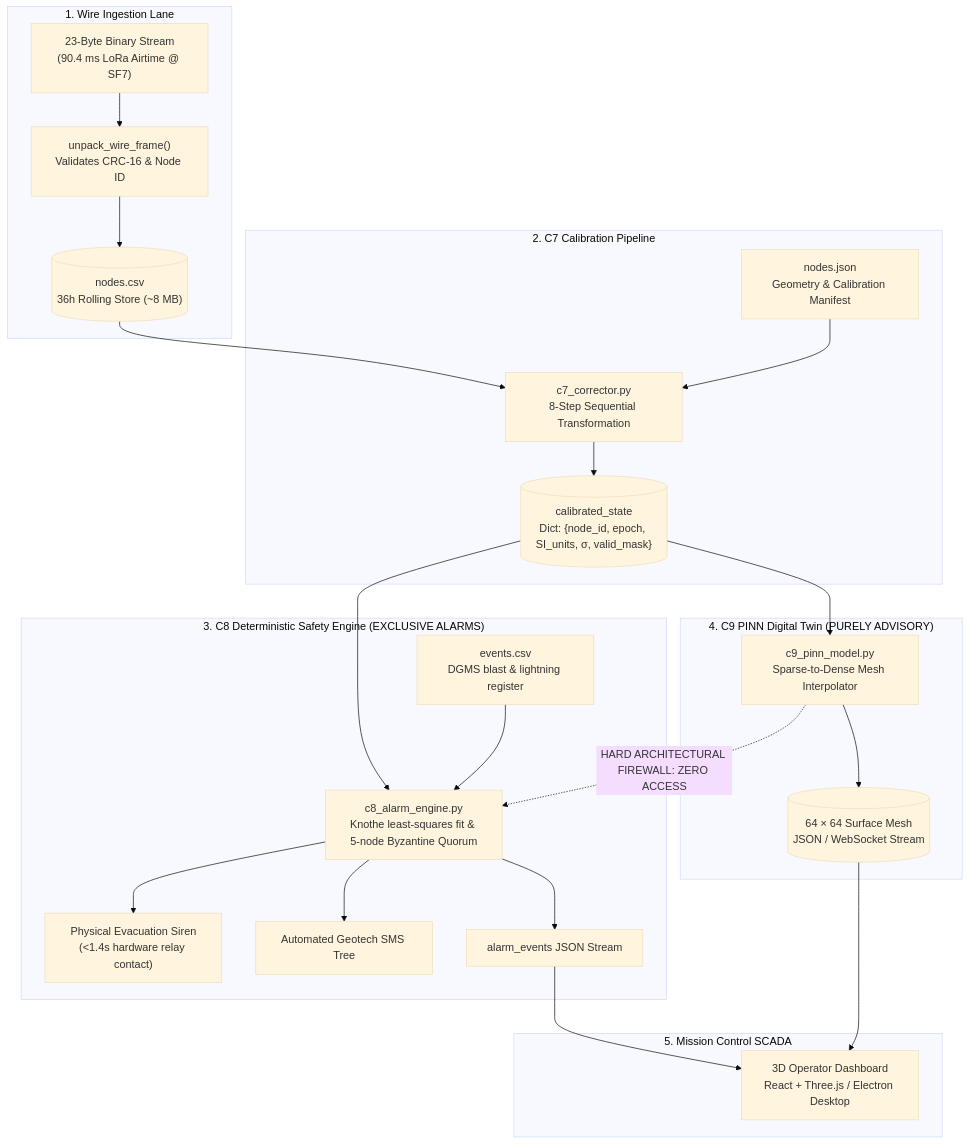
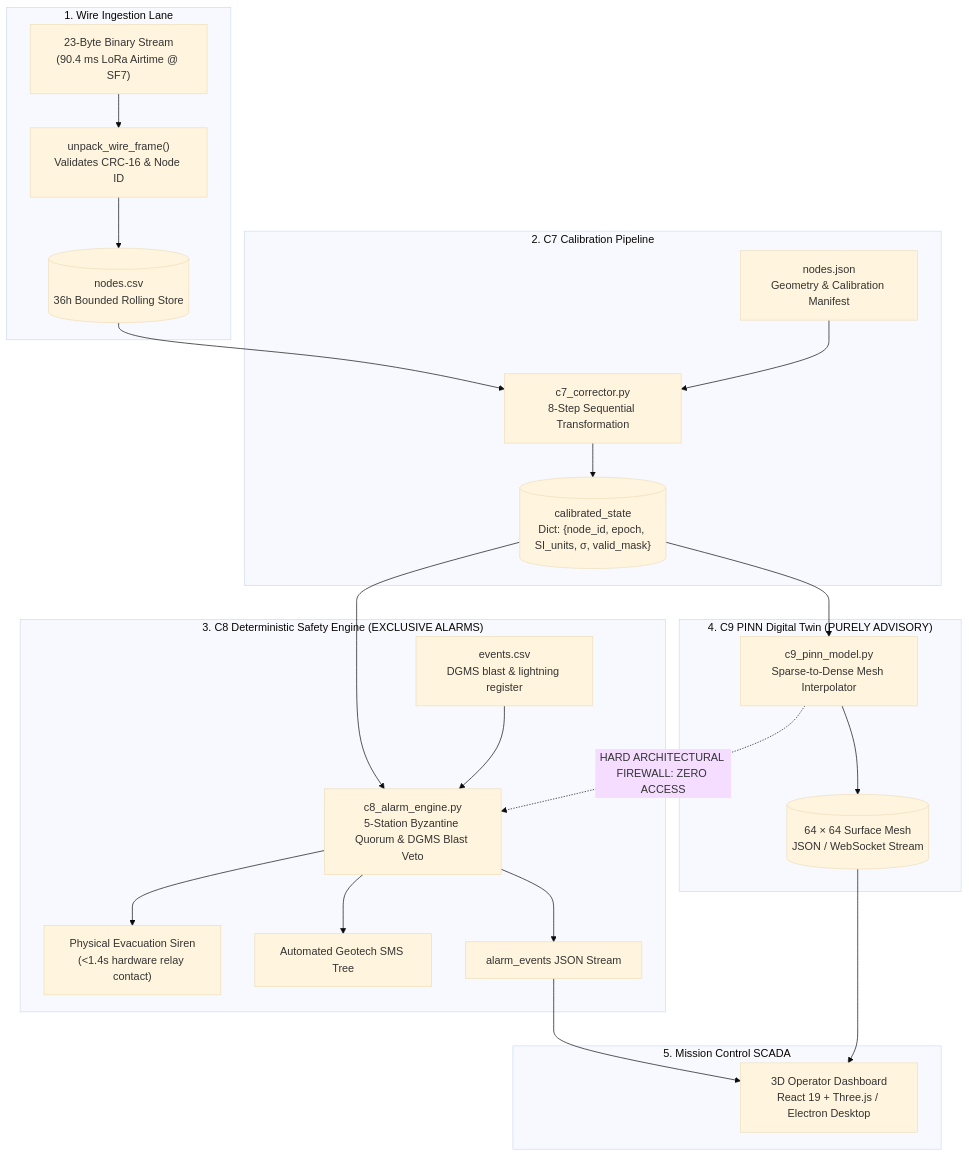
The diagram in docs/06-backend-pipeline/pipeline-flow.md (lively-life7/SIH-Documentation), drawn with Mermaid (base theme) before and after one commit. The commit also changed other lines of this file and 44 other files, not shown here.

````diff
--- a/docs/06-backend-pipeline/pipeline-flow.md
+++ b/docs/06-backend-pipeline/pipeline-flow.md
@@ -12,32 +11,32 @@
 ```mermaid
 flowchart TD
     subgraph INGEST_LANE["1. Wire Ingestion Lane"]
         WIRE["23-Byte Binary Stream<br/>(90.4 ms LoRa Airtime @ SF7)"] --> UNPACK["unpack_wire_frame()<br/>Validates CRC-16 & Node ID"]
-        UNPACK --> CSV[("nodes.csv<br/>36h Rolling Store (~8 MB)")]
+        UNPACK --> CSV[("nodes.csv<br/>36h Bounded Rolling Store")]
     end
 
     subgraph CORRECTION_LANE["2. C7 Calibration Pipeline"]
         CSV --> C7["c7_corrector.py<br/>8-Step Sequential Transformation"]
         JSON["nodes.json<br/>Geometry & Calibration Manifest"] --> C7
         C7 --> CALIB[("calibrated_state<br/>Dict: {node_id, epoch, SI_units, σ, valid_mask}")]
     end
 
     subgraph SAFETY_LANE["3. C8 Deterministic Safety Engine (EXCLUSIVE ALARMS)"]
-        CALIB --> C8["c8_alarm_engine.py<br/>Knothe least-squares fit & 5-node Byzantine Quorum"]
+        CALIB --> C8["c8_alarm_engine.py<br/>5-Station Byzantine Quorum & DGMS Blast Veto"]
         EVENTS["events.csv<br/>DGMS blast & lightning register"] --> C8
         C8 --> SIREN["Physical Evacuation Siren<br/>(<1.4s hardware relay contact)"]
         C8 --> SMS["Automated Geotech SMS Tree"]
         C8 --> ALARM_EVT["alarm_events JSON Stream"]
     end
 
     subgraph TWIN_LANE["4. C9 PINN Digital Twin (PURELY ADVISORY)"]
         CALIB --> C9["c9_pinn_model.py<br/>Sparse-to-Dense Mesh Interpolator"]
         C9 --> MESH[("64 × 64 Surface Mesh<br/>JSON / WebSocket Stream")]
         C9 -.->|"HARD ARCHITECTURAL FIREWALL: ZERO ACCESS"| C8
     end
 
     subgraph HMI_LANE["5. Mission Control SCADA"]
-        ALARM_EVT --> DASH["3D Operator Dashboard<br/>React + Three.js / Electron Desktop"]
+        ALARM_EVT --> DASH["3D Operator Dashboard<br/>React 19 + Three.js / Electron Desktop"]
         MESH --> DASH
     end
 ```
````
